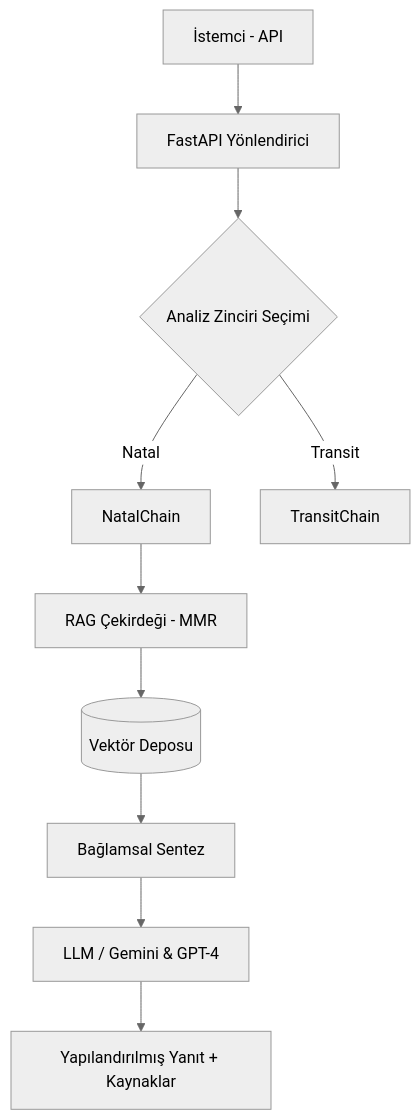
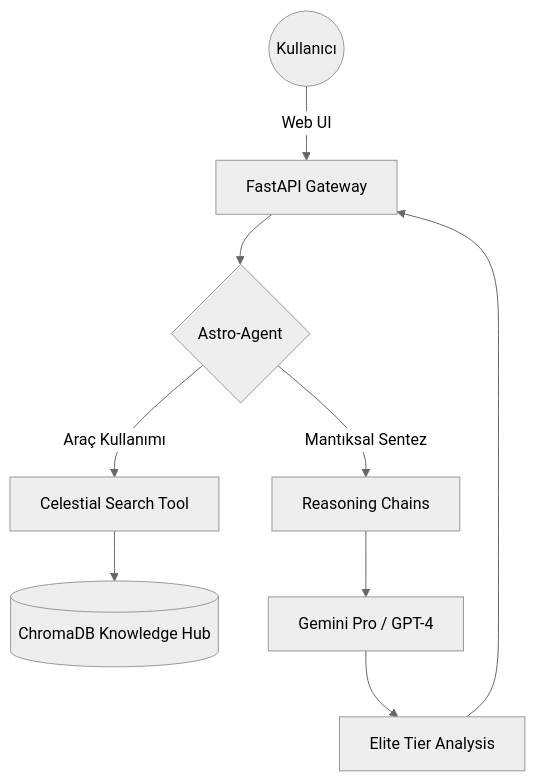
Before and after one commit to arch-yunus/Astro-Oracle: the diagram in README.md, drawn with Mermaid (neutral theme). The commit also changed other lines of this file and 13 other files, not shown here.

Commit message:
feat: Astro-Oracle 3.0 Elite - Autonomous Agents, Premium Glassmorphic UI, and Comprehensive Automation

````diff
--- a/README.md
+++ b/README.md
@@ -25,12 +29,11 @@
 ```mermaid
 graph TD
-    A[İstemci - API] --> B[FastAPI Yönlendirici]
-    B --> C{Analiz Zinciri Seçimi}
-    C -->|Natal| D[NatalChain]
-    C -->|Transit| E[TransitChain]
-    D --> F[RAG Çekirdeği - MMR]
-    F --> G[(Vektör Deposu)]
-    G --> H[Bağlamsal Sentez]
-    H --> I[LLM / Gemini & GPT-4]
-    I --> J[Yapılandırılmış Yanıt + Kaynaklar]
+    User((Kullanıcı)) -->|Web UI| API[FastAPI Gateway]
+    API --> Agent{Astro-Agent}
+    Agent -->|Araç Kullanımı| Search[Celestial Search Tool]
+    Agent -->|Mantıksal Sentez| Chains[Reasoning Chains]
+    Search --> DB[(ChromaDB Knowledge Hub)]
+    Chains --> LLM[Gemini Pro / GPT-4]
+    LLM --> Result[Elite Tier Analysis]
+    Result --> API
 ```
````
